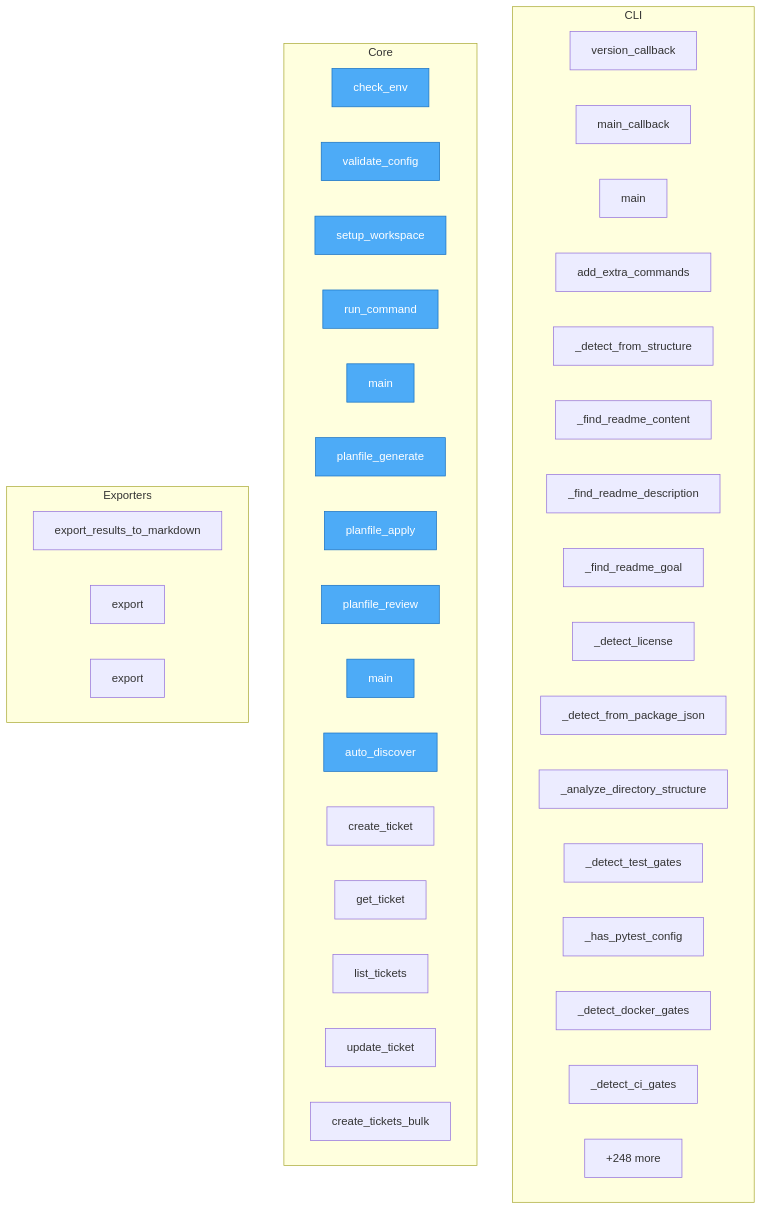
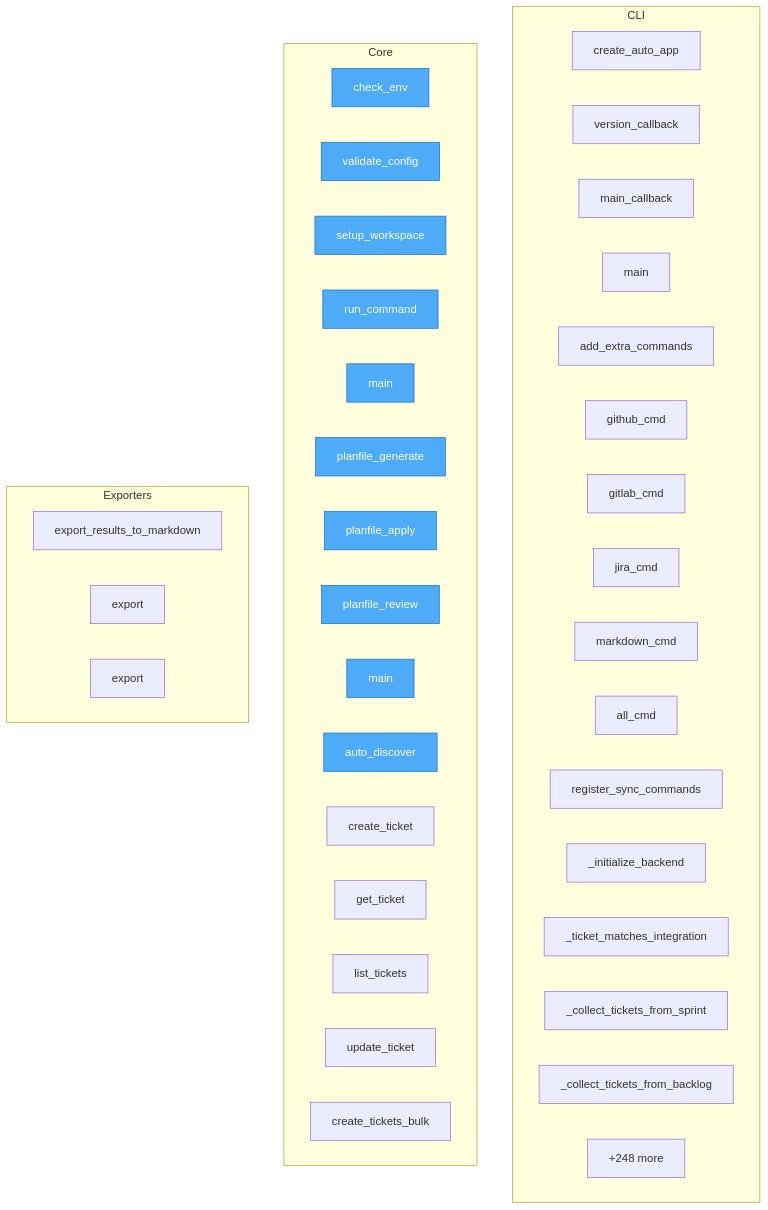
One commit to semcod/planfile changed the diagram in project/flow.mmd. Above: the diagram before and after it, drawn with Mermaid. The commit also changed 44 other files, not shown here.

```diff
--- a/project/flow.mmd
+++ b/project/flow.mmd
@@ -1,50 +1,50 @@
 flowchart TD
 
     %% Entry points (blue)
     classDef entry fill:#4dabf7,stroke:#1971c2,color:#fff
 
     subgraph CLI
+        planfile__cli__auto_loop__create_auto_app["create_auto_app"]
         planfile__cli__commands__version_callback["version_callback"]
         planfile__cli__commands__main_callback["main_callback"]
         planfile__cli__commands__main["main"]
         planfile__cli__extra_commands__add_extra_commands["add_extra_commands"]
-        planfile__cli__project_detector__fallback___detect_from_structure["_detect_from_structure"]
-        planfile__cli__project_detector__readme___find_readme_content["_find_readme_content"]
-        planfile__cli__project_detector__readme___find_readme_description["_find_readme_description"]
-        planfile__cli__project_detector__readme___find_readme_goal["_find_readme_goal"]
-        planfile__cli__project_detector__license___detect_license["_detect_license"]
-        planfile__cli__project_detector__package___detect_from_package_json["_detect_from_package_json"]
-        planfile__cli__project_detector__structure___analyze_directory_structure["_analyze_directory_structure"]
-        planfile__cli__project_detector__gates___detect_test_gates["_detect_test_gates"]
-        planfile__cli__project_detector__gates___has_pytest_config["_has_pytest_config"]
-        planfile__cli__project_detector__gates___detect_docker_gates["_detect_docker_gates"]
-        planfile__cli__project_detector__gates___detect_ci_gates["_detect_ci_gates"]
-        ...["+70 more"]
+        planfile__cli__groups__sync__commands__github_cmd["github_cmd"]
+        planfile__cli__groups__sync__commands__gitlab_cmd["gitlab_cmd"]
+        planfile__cli__groups__sync__commands__jira_cmd["jira_cmd"]
+        planfile__cli__groups__sync__commands__markdown_cmd["markdown_cmd"]
+        planfile__cli__groups__sync__commands__all_cmd["all_cmd"]
+        planfile__cli__groups__sync__register_sync_commands["register_sync_commands"]
+        planfile__cli__groups__sync__core___initialize_backend["_initialize_backend"]
+        planfile__cli__groups__sync__core___ticket_matches_integration["_ticket_matches_integration"]
+        planfile__cli__groups__sync__core___collect_tickets_from_sprint["_collect_tickets_from_sprint"]
+        planfile__cli__groups__sync__core___collect_tickets_from_backlog["_collect_tickets_from_backlog"]
+        ...["+107 more"]
     end
 
     subgraph Core
         docker_entrypoint__check_env["check_env"]
         docker_entrypoint__validate_config["validate_config"]
         docker_entrypoint__setup_workspace["setup_workspace"]
         docker_entrypoint__run_command["run_command"]
         docker_entrypoint__main["main"]
         mcp_server_example__planfile_generate["planfile_generate"]
         mcp_server_example__planfile_apply["planfile_apply"]
         mcp_server_example__planfile_review["planfile_review"]
         mcp_server_example__main["main"]
         planfile__Planfile__auto_discover["auto_discover"]
         planfile__Planfile__create_ticket["create_ticket"]
         planfile__Planfile__get_ticket["get_ticket"]
         planfile__Planfile__list_tickets["list_tickets"]
         planfile__Planfile__update_ticket["update_ticket"]
         planfile__Planfile__create_tickets_bulk["create_tickets_bulk"]
         ...["+248 more"]
     end
 
     subgraph Exporters
         planfile__loaders__cli_loader__export_results_to_markdown["export_results_to_markdown"]
         planfile__core__store__PlanfileStore__export["export"]
         planfile__core__models__strategy__Strategy__export["export"]
     end
 
     class docker_entrypoint__check_env,docker_entrypoint__validate_config,docker_entrypoint__setup_workspace,docker_entrypoint__run_command,docker_entrypoint__main,mcp_server_example__planfile_generate,mcp_server_example__planfile_apply,mcp_server_example__planfile_review,mcp_server_example__main,planfile__Planfile__auto_discover entry
```
